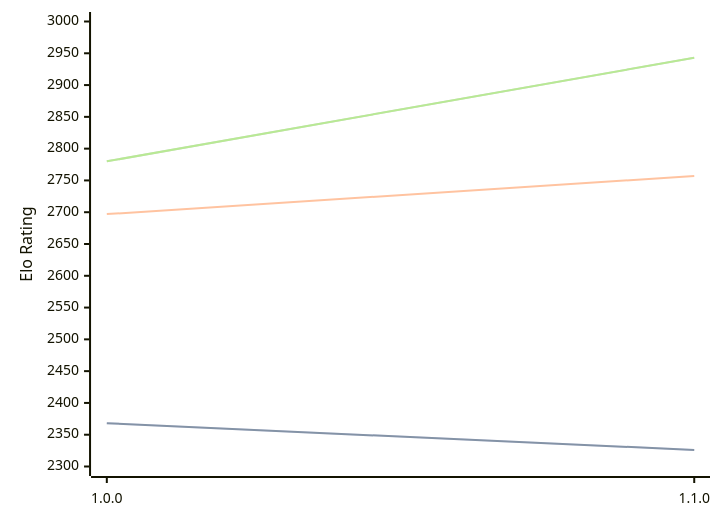
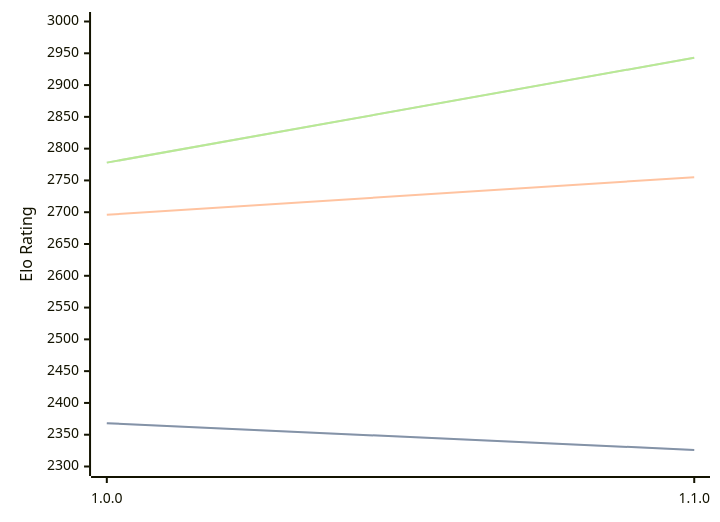
The diagram in engines/ShallowGuess.md (computer-chess-index/cci), drawn with Mermaid before and after one commit. The commit also changed other lines of this file, not shown here.

Commit message:
Update CCI Ratings (ELO VLTC) - 2026-04-17

````diff
--- a/engines/ShallowGuess.md
+++ b/engines/ShallowGuess.md
@@ -36,11 +36,11 @@
 ```mermaid
 %%{init: {"theme":"base","themeVariables":{"seriesColors:['#a3a3a3','#222221','#faa371']}}}%%
 xychart-beta
   x-axis ["1.0.0", "1.1.0"]
   y-axis "Elo Rating" 2300 --> 3000
   line "STC (8.0+0.08s)" [2368, 2326]
   line "STC (8.0+0.08s)" [2368, 2326]
-  line "LTC (60.0+0.60s)" [2697, 2757]
-  line "VLTC (2m24s+1.12s)" [2780, 2943]
-  line "VLTC (2m24s+1.12s)" [2780, 2943]
+  line "LTC (60.0+0.60s)" [2696, 2755]
+  line "VLTC (2m24s+1.12s)" [2778, 2943]
+  line "VLTC (2m24s+1.12s)" [2778, 2943]
 ```
````
